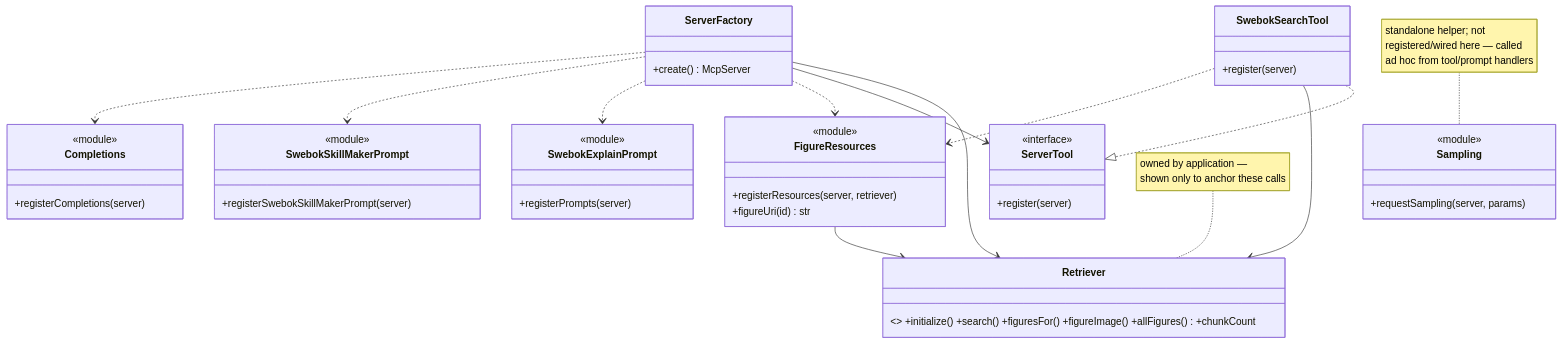
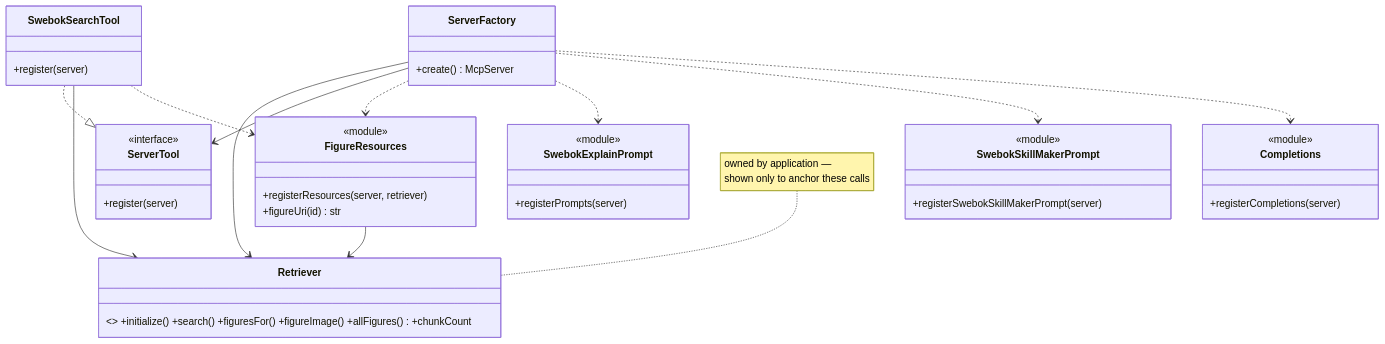
Before and after one commit to SzatanKluska/MCPSWEBOK: diagram 15 of 18 in docs/architecture/system-class-diagram.md, drawn with Mermaid. The commit also changed other lines of this file and 5 other files, not shown here.

Commit message:
update mcp server library. Remove sampling.

````diff
--- a/docs/architecture/system-class-diagram.md
+++ b/docs/architecture/system-class-diagram.md
@@ -483,50 +483,45 @@
 ```mermaid
 classDiagram
   class ServerTool {
     <<interface>>
     +register(server)
   }
   class SwebokSearchTool {
     +register(server)
   }
   class ServerFactory {
     +create() McpServer
   }
   class FigureResources {
     <<module>>
     +registerResources(server, retriever)
     +figureUri(id) str
   }
   class SwebokExplainPrompt {
     <<module>>
     +registerPrompts(server)
   }
   class SwebokSkillMakerPrompt {
     <<module>>
     +registerSwebokSkillMakerPrompt(server)
   }
   class Completions {
     <<module>>
     +registerCompletions(server)
   }
-  class Sampling {
-    <<module>>
-    +requestSampling(server, params)
-  }
 
   class Retriever { <<type>> +initialize() +search() +figuresFor() +figureImage() +allFigures() +chunkCount }
 
   SwebokSearchTool ..|> ServerTool
   SwebokSearchTool --> Retriever
   SwebokSearchTool ..> FigureResources
   ServerFactory --> Retriever
   ServerFactory --> ServerTool
   ServerFactory ..> FigureResources
   ServerFactory ..> SwebokExplainPrompt
   ServerFactory ..> SwebokSkillMakerPrompt
   ServerFactory ..> Completions
   FigureResources --> Retriever
 
   note for Retriever "owned by application —<br/>shown only to anchor these calls"
-  note for Sampling "standalone helper; not<br/>registered/wired here — called<br/>ad hoc from tool/prompt handlers"
 ```
````
